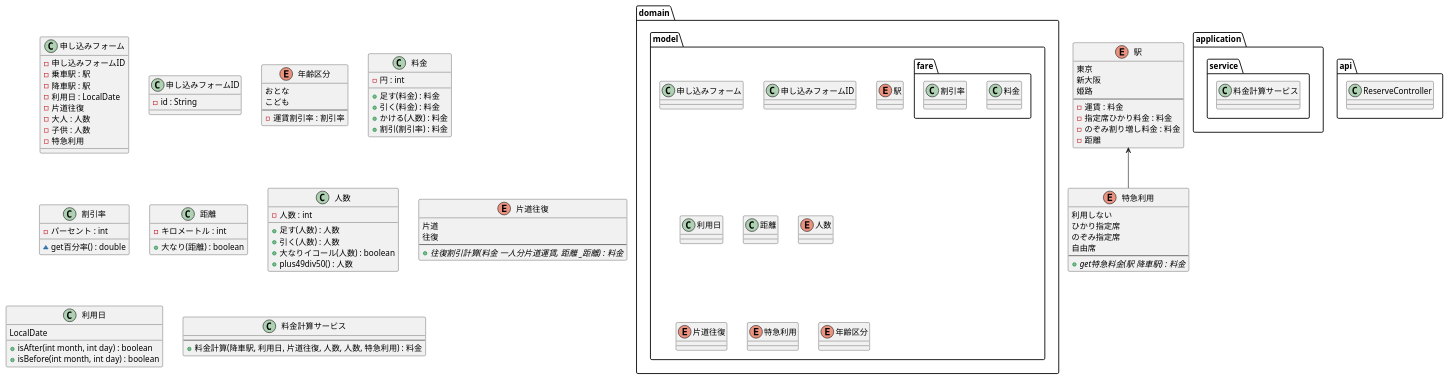
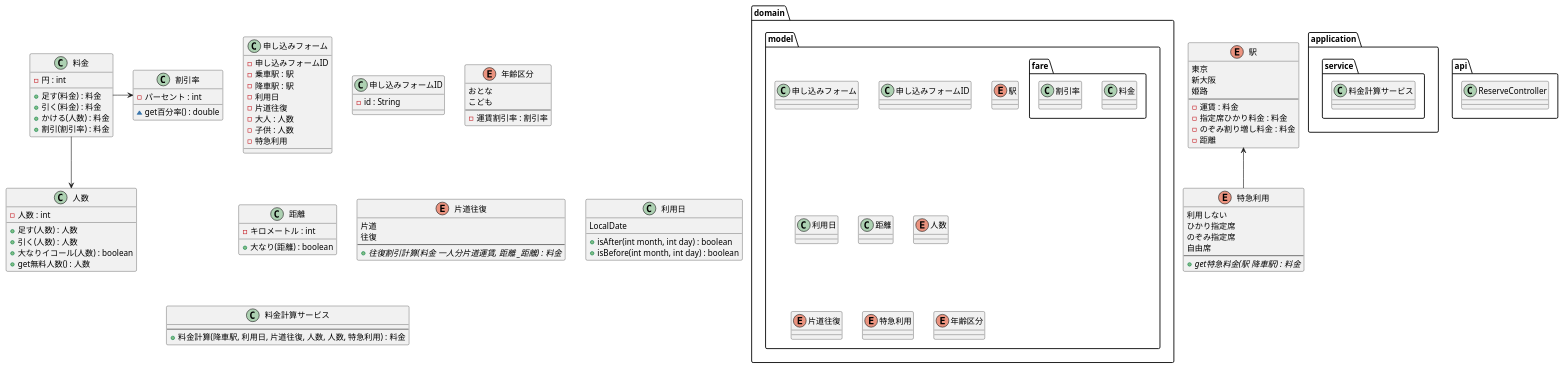
Before and after one commit to MiuraKotaro/jr-pricing: the diagram in uml/class.puml, drawn with PlantUML. The commit also changed 3 other files, not shown here.

```diff
--- a/uml/class.puml
+++ b/uml/class.puml
@@ -1,116 +1,118 @@
 @startuml
 
 package domain {
     package model {
 
         class 申し込みフォーム
         class 申し込みフォームID
         enum 駅
         package fare {
             class 料金
             class 割引率
         }
         class 利用日
         class 距離
         enum 人数
         enum 片道往復
         enum 特急利用
         enum 年齢区分
     }
 
 }
 
 package application {
     package service {
         class 料金計算サービス
     }
 }
 
 package api {
     class ReserveController
 }
 
 class 申し込みフォーム {
     - 申し込みフォームID
     - 乗車駅 : 駅
     - 降車駅 : 駅
-    - 利用日 : LocalDate
+    - 利用日
     - 片道往復
     - 大人 : 人数
     - 子供 : 人数
     - 特急利用
 }
 class 申し込みフォームID {
     - id : String
 }
 enum 駅 {
     東京
     新大阪
     姫路
     --
     - 運賃 : 料金
     - 指定席ひかり料金 : 料金
     - のぞみ割り増し料金 : 料金
     - 距離
 }
 enum 特急利用 {
     利用しない
     ひかり指定席
     のぞみ指定席
     自由席
     --
     + {abstract} get特急料金(駅 降車駅) : 料金
 }
 enum 年齢区分 {
     おとな
     こども
     --
     - 運賃割引率 : 割引率
 }
 class 料金 {
     - 円 : int
 
     + 足す(料金) : 料金
     + 引く(料金) : 料金
     + かける(人数) : 料金
     + 割引(割引率) : 料金
 }
 class 割引率 {
     - パーセント : int
 
     ~ get百分率() : double
 }
 class 距離 {
     - キロメートル : int
 
     + 大なり(距離) : boolean
 }
 class 人数 {
     - 人数 : int
 
     + 足す(人数) : 人数
     + 引く(人数) : 人数
     + 大なりイコール(人数) : boolean
-    + plus49div50() : 人数
+    + get無料人数() : 人数
 }
 enum 片道往復 {
     片道
     往復
     --
     + {abstract} 往復割引計算(料金 一人分片道運賃, 距離 _距離) : 料金
 }
 class 利用日 {
     LocalDate
 
     + isAfter(int month, int day) : boolean
     + isBefore(int month, int day) : boolean
 }
 
 class 料金計算サービス {
     --
     + 料金計算(降車駅, 利用日, 片道往復, 人数, 人数, 特急利用) : 料金
 }
 
 駅 <-- 特急利用
+料金 --> 人数
+料金 -> 割引率
 
 @enduml
```
